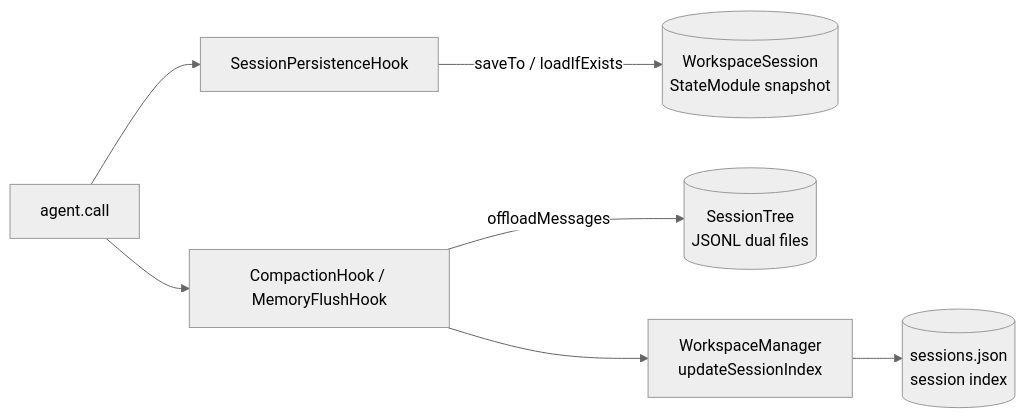
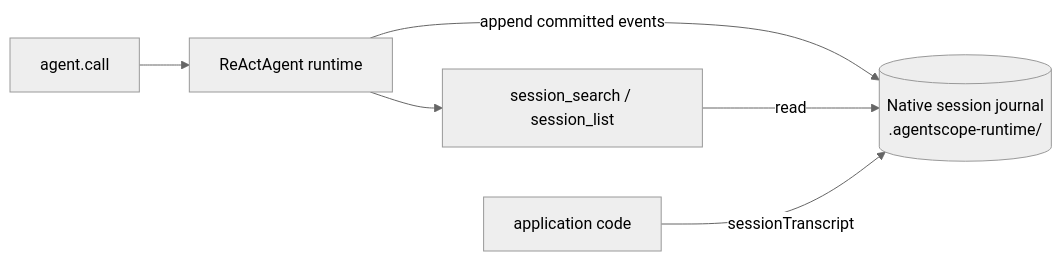
The diagram in docs/v1/en/docs/harness/session.md (nexora-dev200/agentscope-java), drawn with Mermaid (neutral theme) before and after one commit. The commit also changed other lines of this file and 7 other files, not shown here.

Commit message:
docs(harness): correct session log claims after the native journal redesign (#3561)

````diff
--- a/docs/v1/en/docs/harness/session.md
+++ b/docs/v1/en/docs/harness/session.md
@@ -28,9 +26,8 @@
 ```mermaid
 graph LR
-    Call[agent.call] --> Hook[SessionPersistenceHook]
-    Hook -->|saveTo / loadIfExists| WS[(WorkspaceSession<br/>StateModule snapshot)]
-    Call --> Compact[CompactionHook / MemoryFlushHook]
-    Compact -->|offloadMessages| ST[(SessionTree<br/>JSONL dual files)]
-    WSWrite[WorkspaceManager<br/>updateSessionIndex] --> Idx[(sessions.json<br/>session index)]
-    Compact --> WSWrite
+    Call[agent.call] --> RT[ReActAgent runtime]
+    RT -->|append committed events| JNL[(Native session journal<br/>.agentscope-runtime/)]
+    RT --> Tools[session_search / session_list]
+    Tools -->|read| JNL
+    Dev[application code] -->|sessionTranscript| JNL
 ```
````
